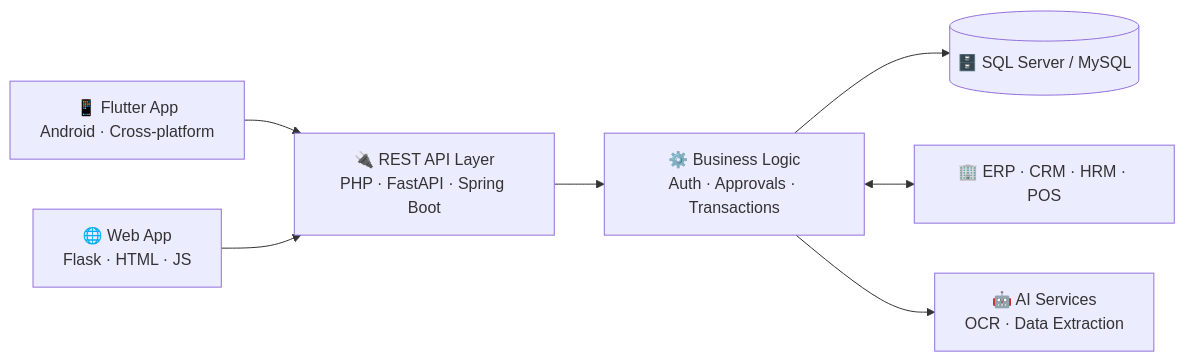
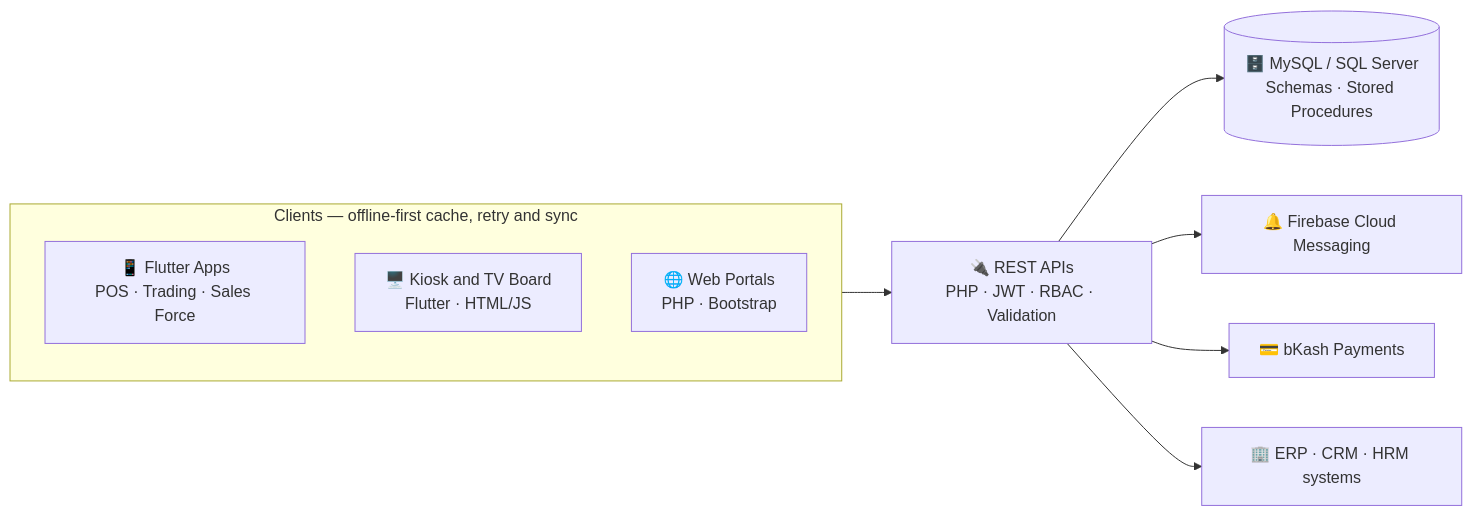
One commit to ayonfardous/ayonfardous changed the diagram in README.md. Above: the diagram before and after it, drawn with Mermaid. The commit also changed other lines of this file, not shown here.

````diff
--- a/README.md
+++ b/README.md
@@ -54,9 +67,14 @@
 ```mermaid
 flowchart LR
-    A["📱 Flutter App<br/>Android · Cross-platform"] --> C
-    B["🌐 Web App<br/>Flask · HTML · JS"] --> C
-    C["🔌 REST API Layer<br/>PHP · FastAPI · Spring Boot"] --> D["⚙️ Business Logic<br/>Auth · Approvals · Transactions"]
-    D --> E[("🗄️ SQL Server / MySQL")]
-    D <--> F["🏢 ERP · CRM · HRM · POS"]
-    D --> G["🤖 AI Services<br/>OCR · Data Extraction"]
+    subgraph Clients["Clients — offline-first cache, retry and sync"]
+        direction TB
+        A["📱 Flutter Apps<br/>POS · Trading · Sales Force"]
+        B["🖥️ Kiosk and TV Board<br/>Flutter · HTML/JS"]
+        W["🌐 Web Portals<br/>PHP · Bootstrap"]
+    end
+    Clients --> C["🔌 REST APIs<br/>PHP · JWT · RBAC · Validation"]
+    C --> D[("🗄️ MySQL / SQL Server<br/>Schemas · Stored Procedures")]
+    C --> E["🔔 Firebase Cloud Messaging"]
+    C --> F["💳 bKash Payments"]
+    C --> G["🏢 ERP · CRM · HRM systems"]
 ```
````
